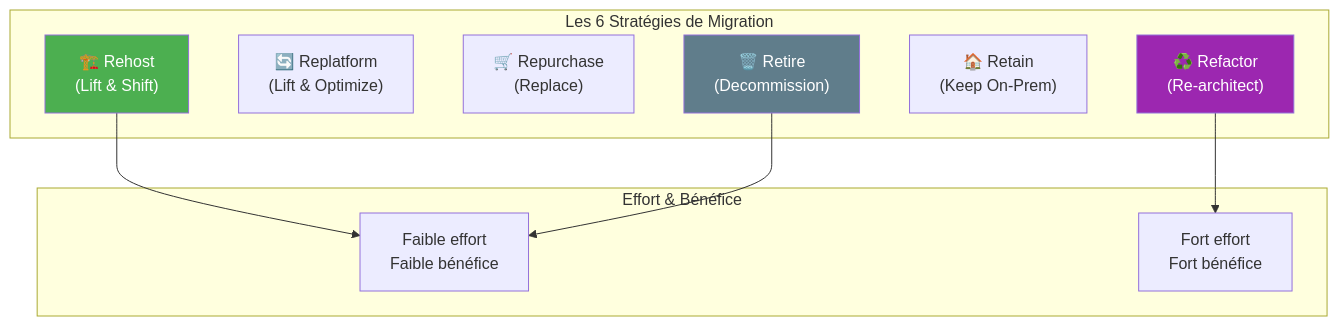
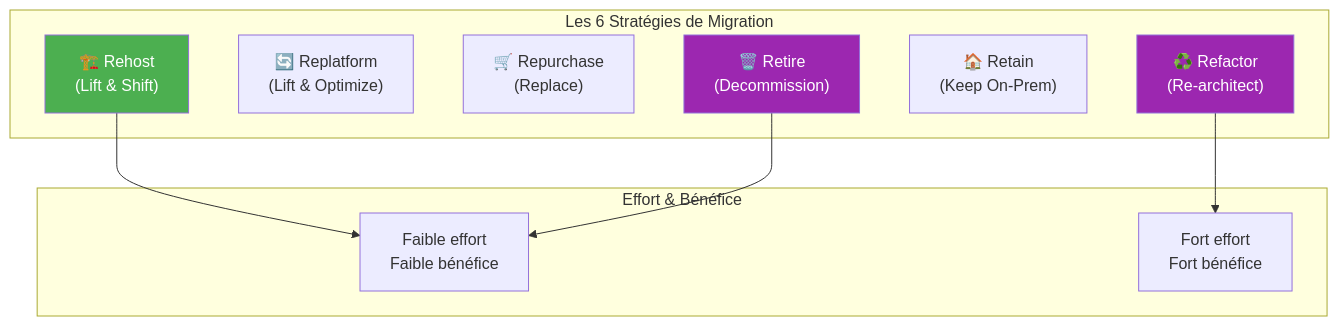
The third of 15 diagrams in docs/formations/cloud-fundamentals/11-module.md (VBlackJack/ShellBook), drawn with Mermaid before and after one commit. The commit also changed other lines of this file and 337 other files, not shown here.

First line of the commit message:
refactor(docs): Standardize code blocks and Mermaid colors

````diff
--- a/docs/formations/cloud-fundamentals/11-module.md
+++ b/docs/formations/cloud-fundamentals/11-module.md
@@ -79,24 +79,24 @@
 ```mermaid
 graph TB
     subgraph "Les 6 Stratégies de Migration"
         REHOST["🏗️ Rehost<br/>(Lift & Shift)"]
         REPLATFORM["🔄 Replatform<br/>(Lift & Optimize)"]
         REPURCHASE["🛒 Repurchase<br/>(Replace)"]
         REFACTOR["♻️ Refactor<br/>(Re-architect)"]
         RETAIN["🏠 Retain<br/>(Keep On-Prem)"]
         RETIRE["🗑️ Retire<br/>(Decommission)"]
     end
 
     subgraph "Effort & Bénéfice"
         LOW["Faible effort<br/>Faible bénéfice"]
         HIGH["Fort effort<br/>Fort bénéfice"]
     end
 
     REHOST --> LOW
     RETIRE --> LOW
     REFACTOR --> HIGH
 
     style REHOST fill:#4caf50,color:#fff
     style REFACTOR fill:#9c27b0,color:#fff
-    style RETIRE fill:#607d8b,color:#fff
+    style RETIRE fill:#9C27B0,color:#fff
 ```
````
